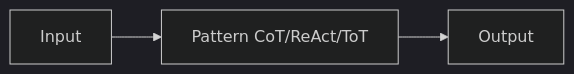
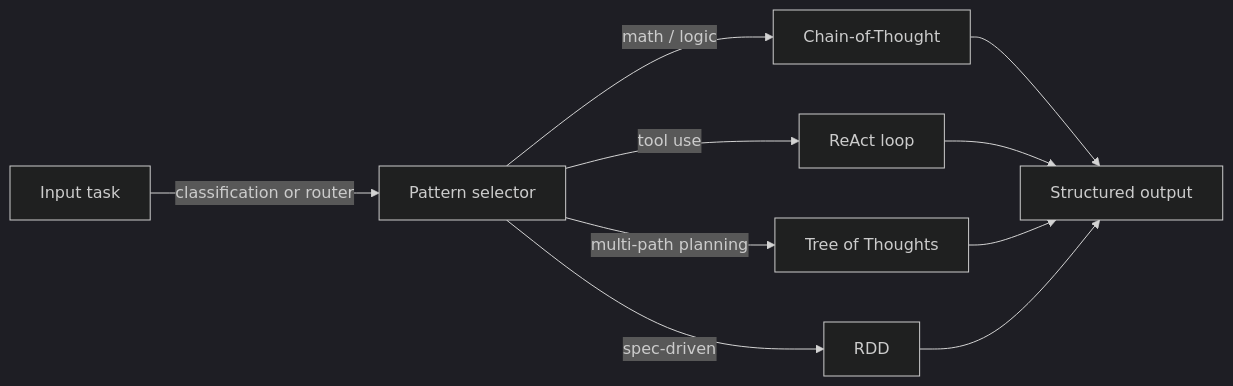
Before and after one commit to EmersonBraun/ai-summary-hub: the first of 2 diagrams in docs/reasoning-patterns/index.md, drawn with Mermaid (dark theme). The commit also changed other lines of this file and 77 other files, not shown here.

````diff
--- a/docs/reasoning-patterns/index.md
+++ b/docs/reasoning-patterns/index.md
@@ -19,5 +23,12 @@
 ```mermaid
 flowchart LR
-  Input[Input] --> Pattern["Pattern CoT/ReAct/ToT"]
-  Pattern --> Output[Output]
+  Input[Input task] -->|classification or router| Pattern["Pattern selector"]
+  Pattern -->|math / logic| CoT[Chain-of-Thought]
+  Pattern -->|tool use| ReAct[ReAct loop]
+  Pattern -->|multi-path planning| ToT[Tree of Thoughts]
+  Pattern -->|spec-driven| RDD[RDD]
+  CoT --> Output[Structured output]
+  ReAct --> Output
+  ToT --> Output
+  RDD --> Output
 ```
````
